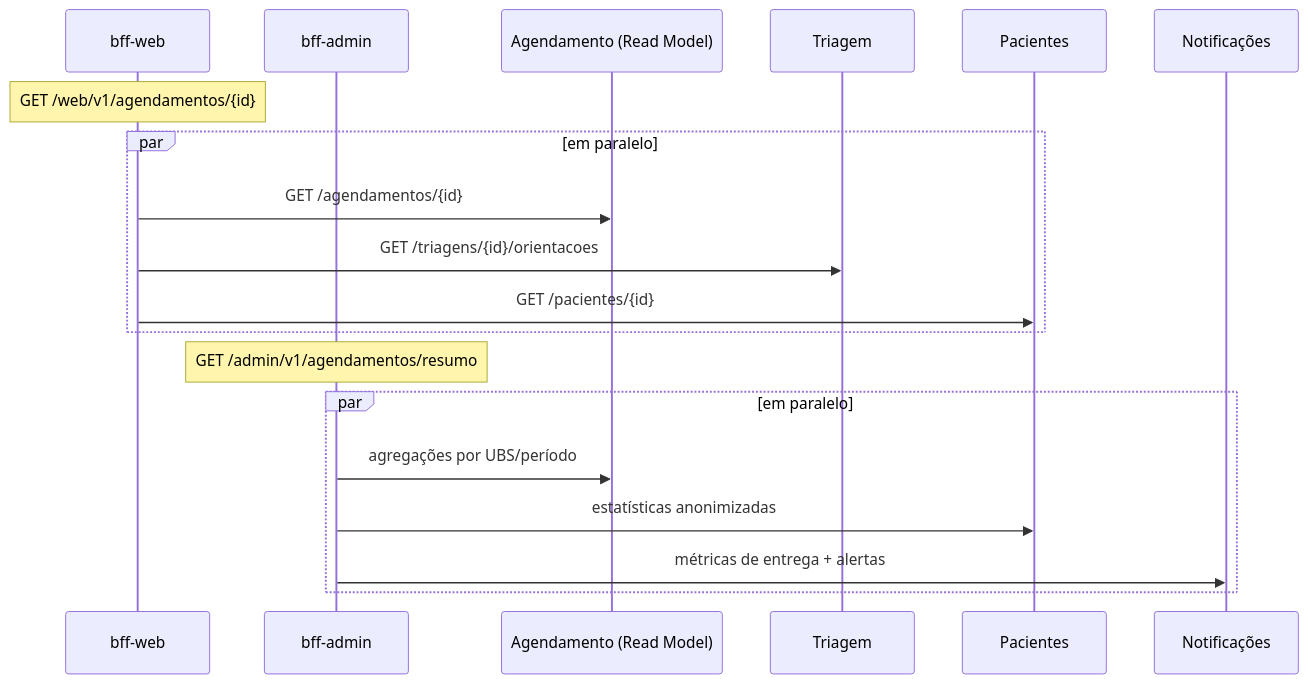
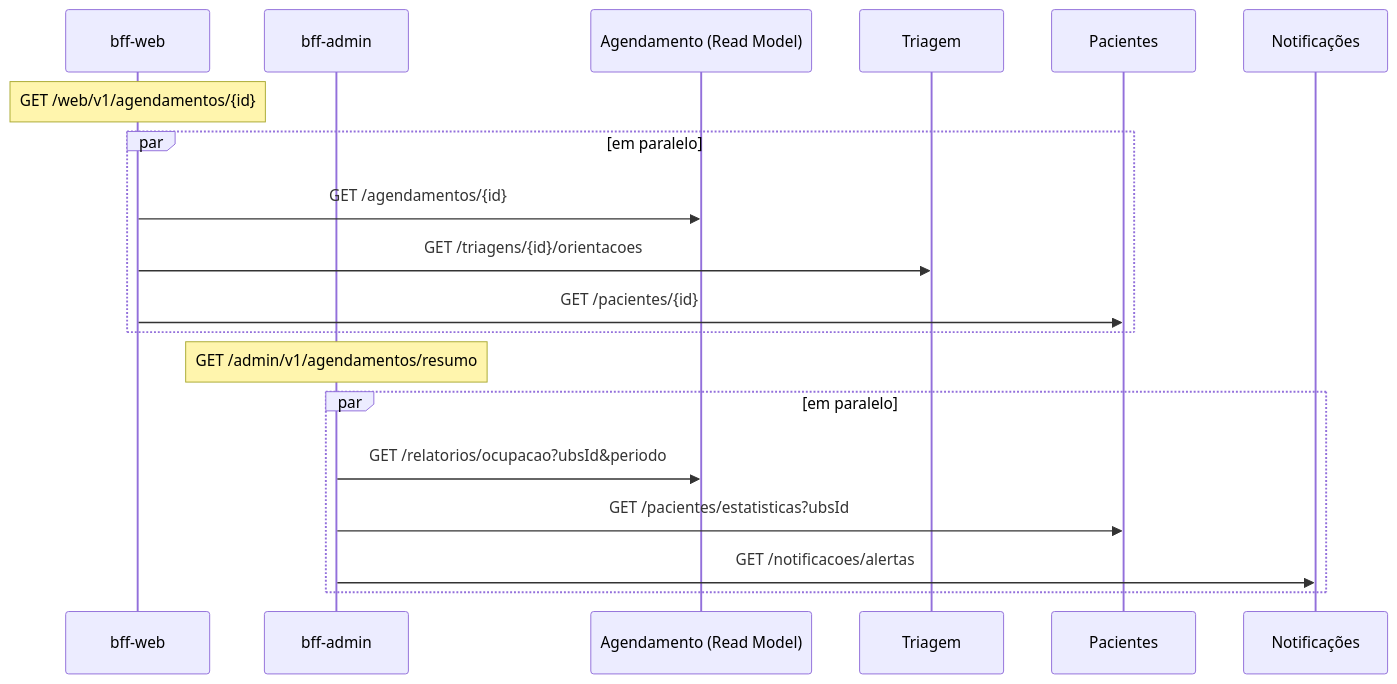
Before and after one commit to multiheros/saude-conecta: the diagram in docs/bff-comparativo.md, drawn with Mermaid. The commit also changed 3 other files, not shown here.

````diff
--- a/docs/bff-comparativo.md
+++ b/docs/bff-comparativo.md
@@ -110,21 +110,21 @@
 ```mermaid
 sequenceDiagram
     participant W as bff-web
     participant A as bff-admin
     participant AG as Agendamento (Read Model)
     participant TR as Triagem
     participant PA as Pacientes
     participant NO as Notificações
     Note over W: GET /web/v1/agendamentos/{id}
     par em paralelo
       W->>AG: GET /agendamentos/{id}
       W->>TR: GET /triagens/{id}/orientacoes
       W->>PA: GET /pacientes/{id}
     end
     Note over A: GET /admin/v1/agendamentos/resumo
     par em paralelo
-      A->>AG: agregações por UBS/período
-      A->>PA: estatísticas anonimizadas
-      A->>NO: métricas de entrega + alertas
+      A->>AG: GET /relatorios/ocupacao?ubsId&periodo
+      A->>PA: GET /pacientes/estatisticas?ubsId
+      A->>NO: GET /notificacoes/alertas
     end
 ```
````
